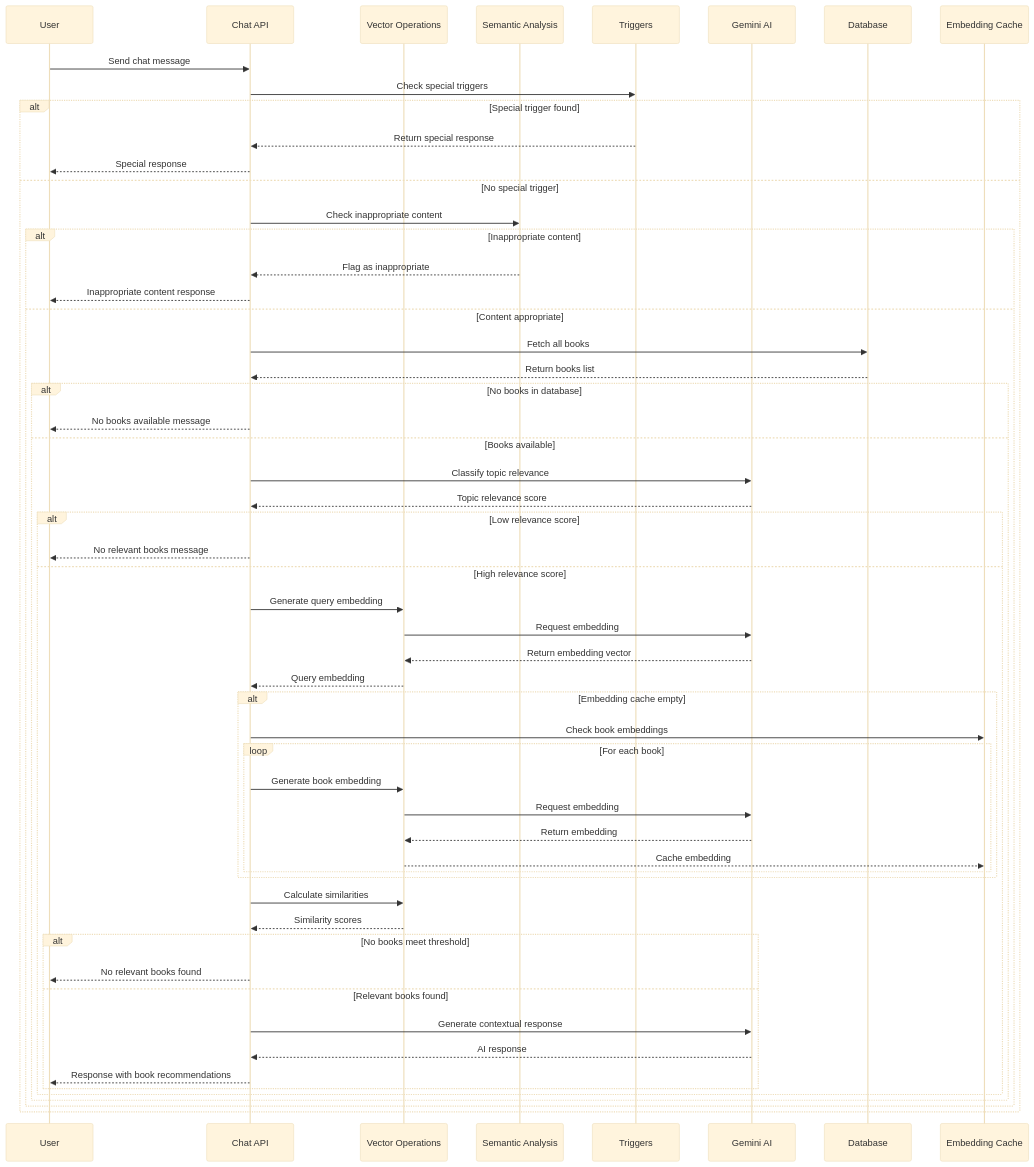
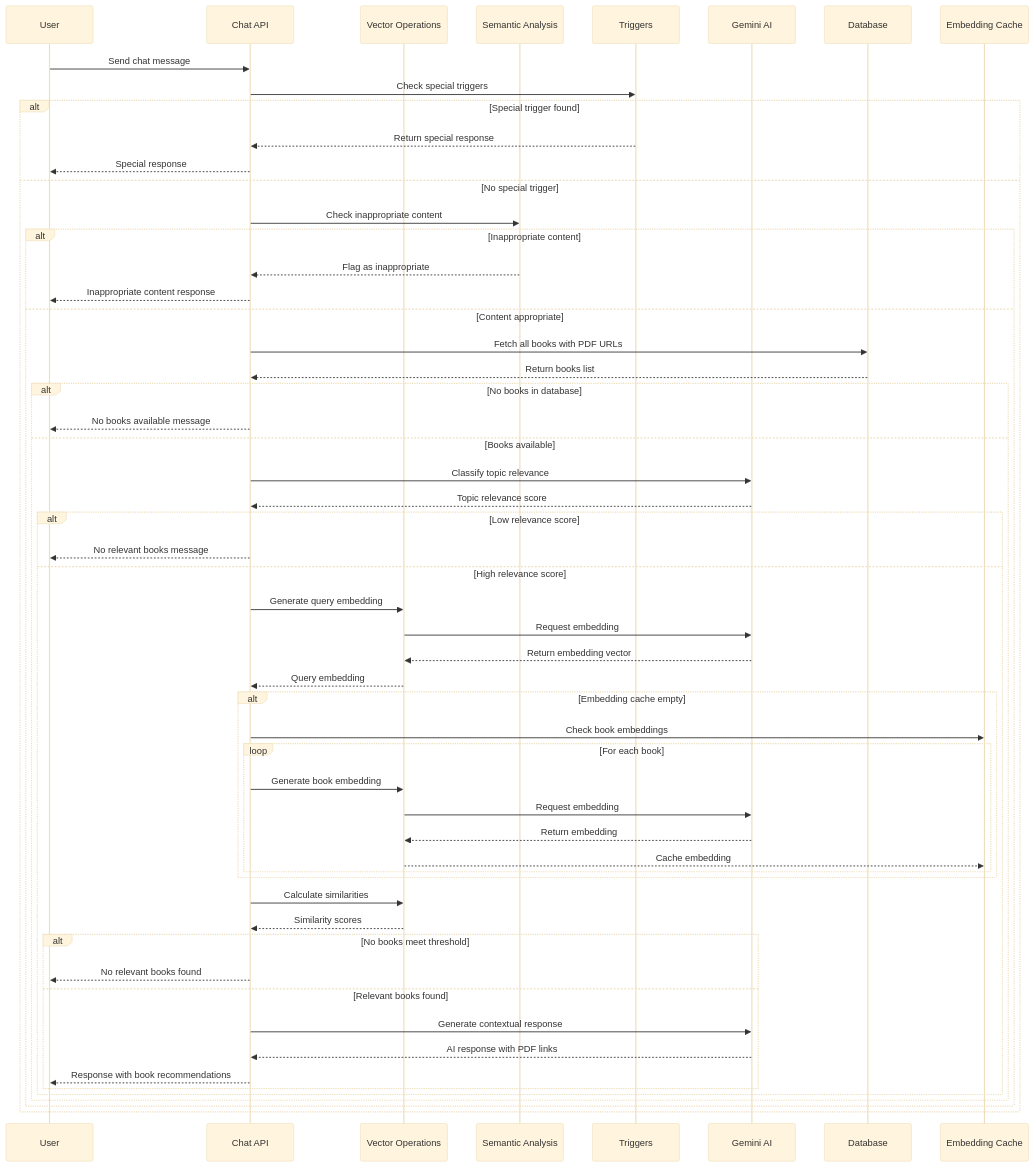
The fourth of 10 diagrams in README.md (H3xKatana/EstinBib-new), drawn with Mermaid (base theme) before and after one commit. The commit also changed other lines of this file, not shown here.

````diff
--- a/README.md
+++ b/README.md
@@ -226,64 +291,64 @@
 ```mermaid
 sequenceDiagram
     participant U as User
     participant API as Chat API
     participant VEC as Vector Operations
     participant SEM as Semantic Analysis
     participant TRG as Triggers
     participant GEM as Gemini AI
     participant DB as Database
     participant CACHE as Embedding Cache
     
     U->>API: Send chat message
     API->>TRG: Check special triggers
     alt Special trigger found
         TRG-->>API: Return special response
         API-->>U: Special response
     else No special trigger
         API->>SEM: Check inappropriate content
         alt Inappropriate content
             SEM-->>API: Flag as inappropriate
             API-->>U: Inappropriate content response
         else Content appropriate
-            API->>DB: Fetch all books
+            API->>DB: Fetch all books with PDF URLs
             DB-->>API: Return books list
             
             alt No books in database
                 API-->>U: No books available message
             else Books available
                 API->>GEM: Classify topic relevance
                 GEM-->>API: Topic relevance score
                 
                 alt Low relevance score
                     API-->>U: No relevant books message
                 else High relevance score
                     API->>VEC: Generate query embedding
                     VEC->>GEM: Request embedding
                     GEM-->>VEC: Return embedding vector
                     VEC-->>API: Query embedding
                     
                     alt Embedding cache empty
                         API->>CACHE: Check book embeddings
                         loop For each book
                             API->>VEC: Generate book embedding
                             VEC->>GEM: Request embedding
                             GEM-->>VEC: Return embedding
                             VEC-->>CACHE: Cache embedding
                         end
                     end
                     
                     API->>VEC: Calculate similarities
                     VEC-->>API: Similarity scores
                     
                     alt No books meet threshold
                         API-->>U: No relevant books found
                     else Relevant books found
                         API->>GEM: Generate contextual response
-                        GEM-->>API: AI response
+                        GEM-->>API: AI response with PDF links
                         API-->>U: Response with book recommendations
                     end
                 end
             end
         end
     end
 ```
````
